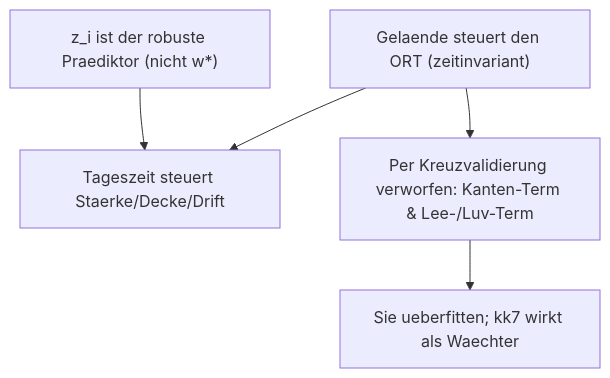
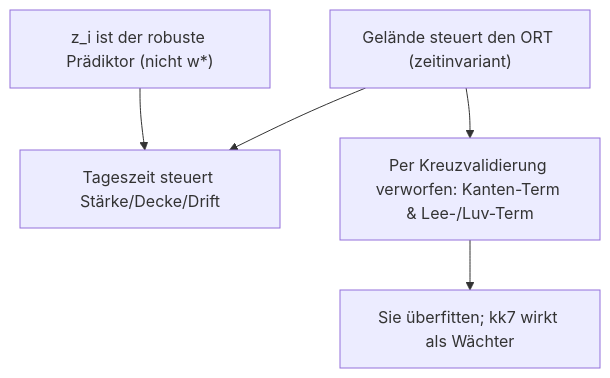
Before and after one commit to Benjamin-Loeffel/paragliding-tools: the second of 2 diagrams in docs/thermal-step-by-step.de.md, drawn with Mermaid. The commit also changed other lines of this file and 1 other file, not shown here.

Commit message:
docs site: add uebersetzen-de translation skill + tidy German Mermaid umlauts

````diff
--- a/docs/thermal-step-by-step.de.md
+++ b/docs/thermal-step-by-step.de.md
@@ -141,13 +141,13 @@
 ```mermaid
 flowchart TD
-    ZI["z_i ist der robuste Praediktor (nicht w*)"]
-    TERRAIN["Gelaende steuert den ORT (zeitinvariant)"]
-    TIME["Tageszeit steuert Staerke/Decke/Drift"]
+    ZI["z_i ist der robuste Prädiktor (nicht w*)"]
+    TERRAIN["Gelände steuert den ORT (zeitinvariant)"]
+    TIME["Tageszeit steuert Stärke/Decke/Drift"]
     REJECT["Per Kreuzvalidierung verworfen: Kanten-Term & Lee-/Luv-Term"]
-    OVERFIT["Sie ueberfitten; kk7 wirkt als Waechter"]
+    OVERFIT["Sie überfitten; kk7 wirkt als Wächter"]
 
     ZI --> TIME
     TERRAIN --> TIME
     REJECT --> OVERFIT
     TERRAIN --> REJECT
 ```
````
